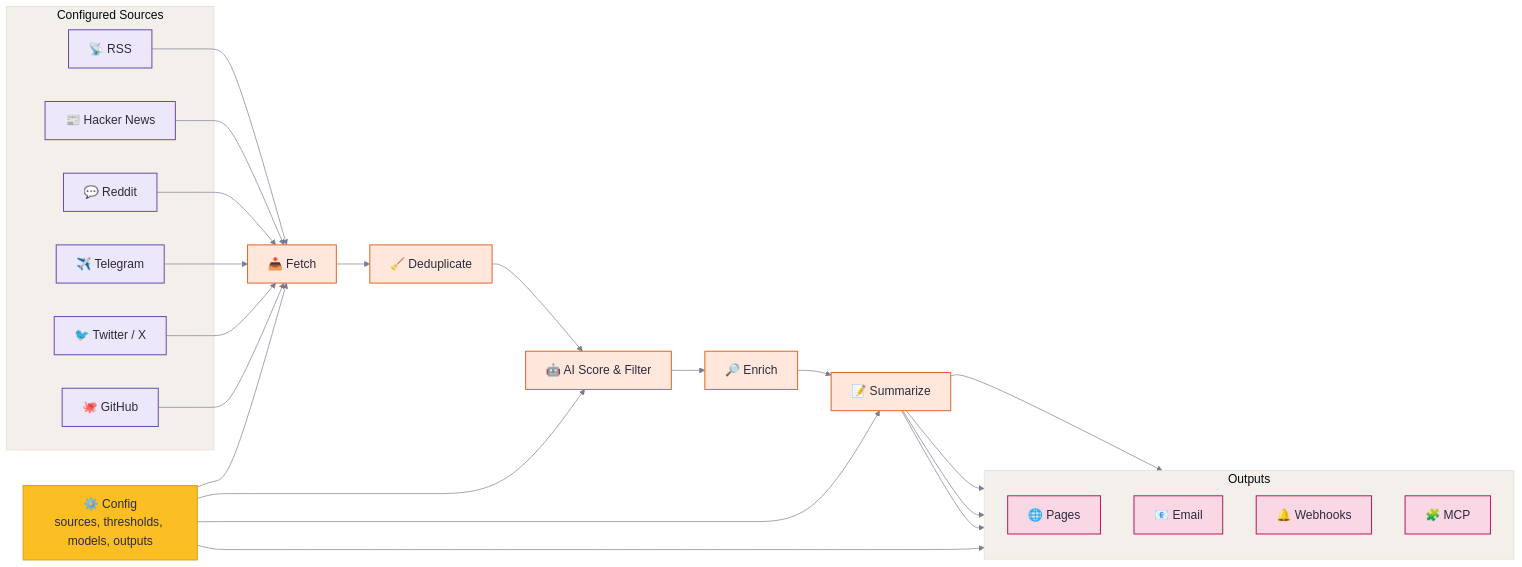
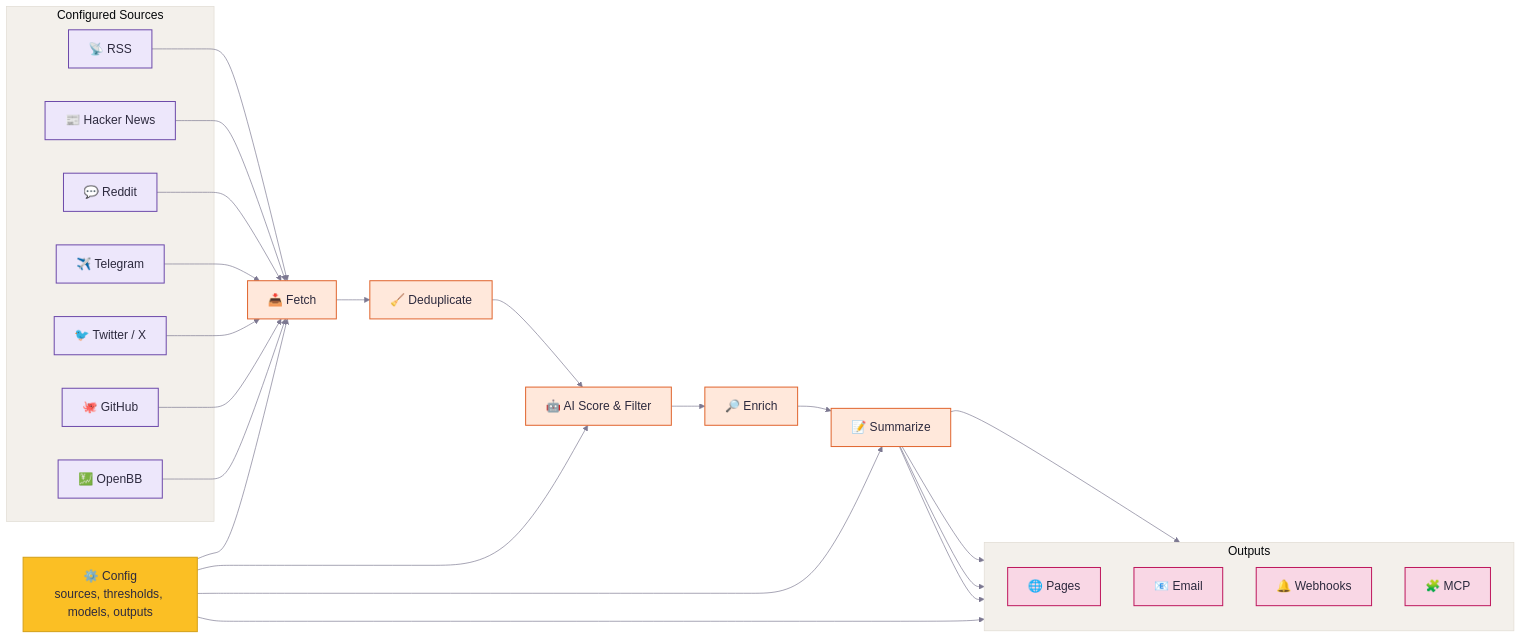
The diagram in README.md (thebigby10/Horizon), drawn with Mermaid before and after one commit. The commit also changed other lines of this file and 3 other files, not shown here.

````diff
--- a/README.md
+++ b/README.md
@@ -88,68 +88,70 @@
 ```mermaid
 %%{init: {
   "theme": "base",
   "themeVariables": {
     "fontFamily": "ui-sans-serif, system-ui, -apple-system, BlinkMacSystemFont, Segoe UI, sans-serif",
     "fontSize": "18px",
     "primaryTextColor": "#2d2a3e",
     "primaryBorderColor": "#e0dbd3",
     "lineColor": "#7c7891",
     "tertiaryColor": "#faf8f5",
     "clusterBkg": "#f3f0eb",
     "clusterBorder": "#e0dbd3"
   }
 }}%%
 flowchart LR
     classDef config fill:#fbbf24,stroke:#d4a017,color:#2d2a3e,stroke-width:1.5px;
     classDef source fill:#ede7fb,stroke:#6d4aaa,color:#2d2a3e,stroke-width:1.5px;
     classDef process fill:#ffe8db,stroke:#e0652e,color:#2d2a3e,stroke-width:1.5px;
     classDef output fill:#f9d7e5,stroke:#be185d,color:#2d2a3e,stroke-width:1.5px;
 
     config["⚙️ Config<br/>sources, thresholds, models, outputs"]
 
     subgraph sources["Configured Sources"]
         rss["📡 RSS"]
         hn["📰 Hacker News"]
         reddit["💬 Reddit"]
         telegram["✈️ Telegram"]
         twitter["🐦 Twitter / X"]
         github["🐙 GitHub"]
+        openbb["💹 OpenBB"]
     end
 
     fetch["📥 Fetch"]
     dedup["🧹 Deduplicate"]
     score["🤖 AI Score & Filter"]
     enrich["🔎 Enrich"]
     summary["📝 Summarize"]
 
     subgraph outputs["Outputs"]
         direction TB
         site["🌐 Pages"]
         email["📧 Email"]
         webhook["🔔 Webhooks"]
         mcp["🧩 MCP"]
     end
 
     config --> fetch
     rss --> fetch
     hn --> fetch
     reddit --> fetch
     telegram --> fetch
     twitter --> fetch
     github --> fetch
+    openbb --> fetch
 
     fetch --> dedup --> score --> enrich --> summary
     config --> score
     config --> summary
     config --> outputs
 
     summary --> site
     summary --> email
     summary --> webhook
     summary --> mcp
 
     class config config
-    class rss,hn,reddit,telegram,twitter,github source
+    class rss,hn,reddit,telegram,twitter,github,openbb source
     class fetch,dedup,score,enrich,summary process
     class site,email,webhook,mcp output
 ```
````
